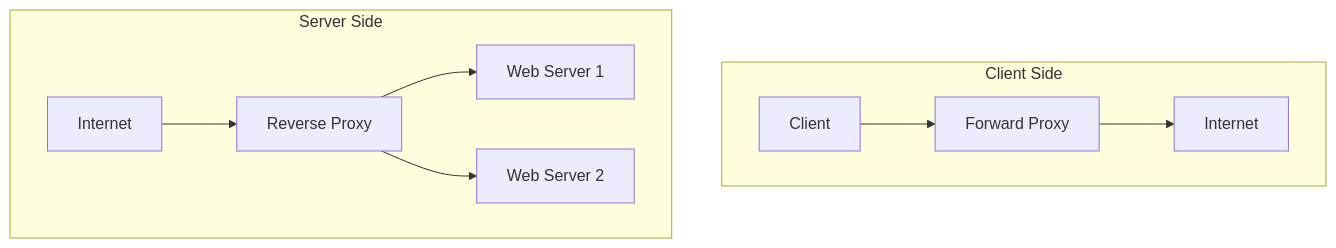
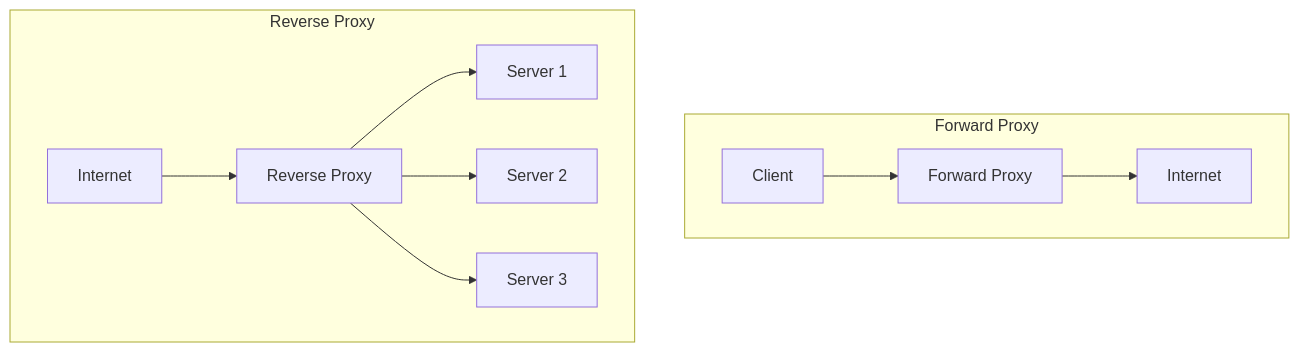
The diagram in proxy-forward-and-reverse/README.md (VrushankPatel/interview-matters), drawn with Mermaid before and after one commit. The commit also changed other lines of this file and 5 other files, not shown here.

Commit message:
kb: add/update topics monitoring-and-logging, async-logging, devops-and-infrastructure-as-code, proxy-forward-and-reverse, load-balancing-and-strategies

````diff
--- a/proxy-forward-and-reverse/README.md
+++ b/proxy-forward-and-reverse/README.md
@@ -29,12 +44,14 @@
 ```mermaid
 graph TD
-    subgraph Client Side
-        A[Client] --> B[Forward Proxy]
-        B --> C[Internet]
+    subgraph "Forward Proxy"
+        C[Client] --> FP[Forward Proxy]
+        FP --> I[Internet]
     end
-    subgraph Server Side
-        D[Internet] --> E[Reverse Proxy]
-        E --> F[Web Server 1]
-        E --> G[Web Server 2]
+    
+    subgraph "Reverse Proxy"
+        I2[Internet] --> RP[Reverse Proxy]
+        RP --> S1[Server 1]
+        RP --> S2[Server 2]
+        RP --> S3[Server 3]
     end
 ```
````
